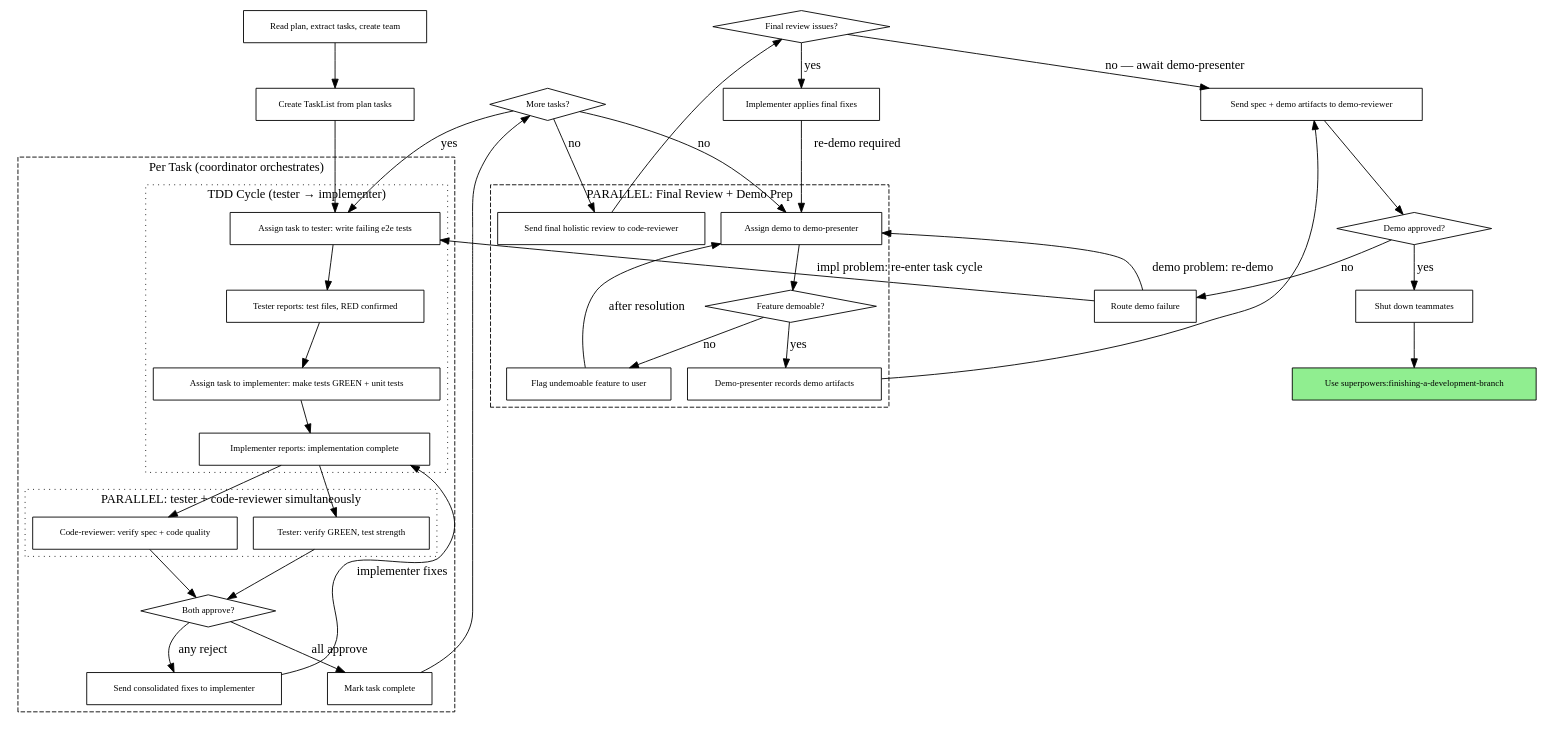
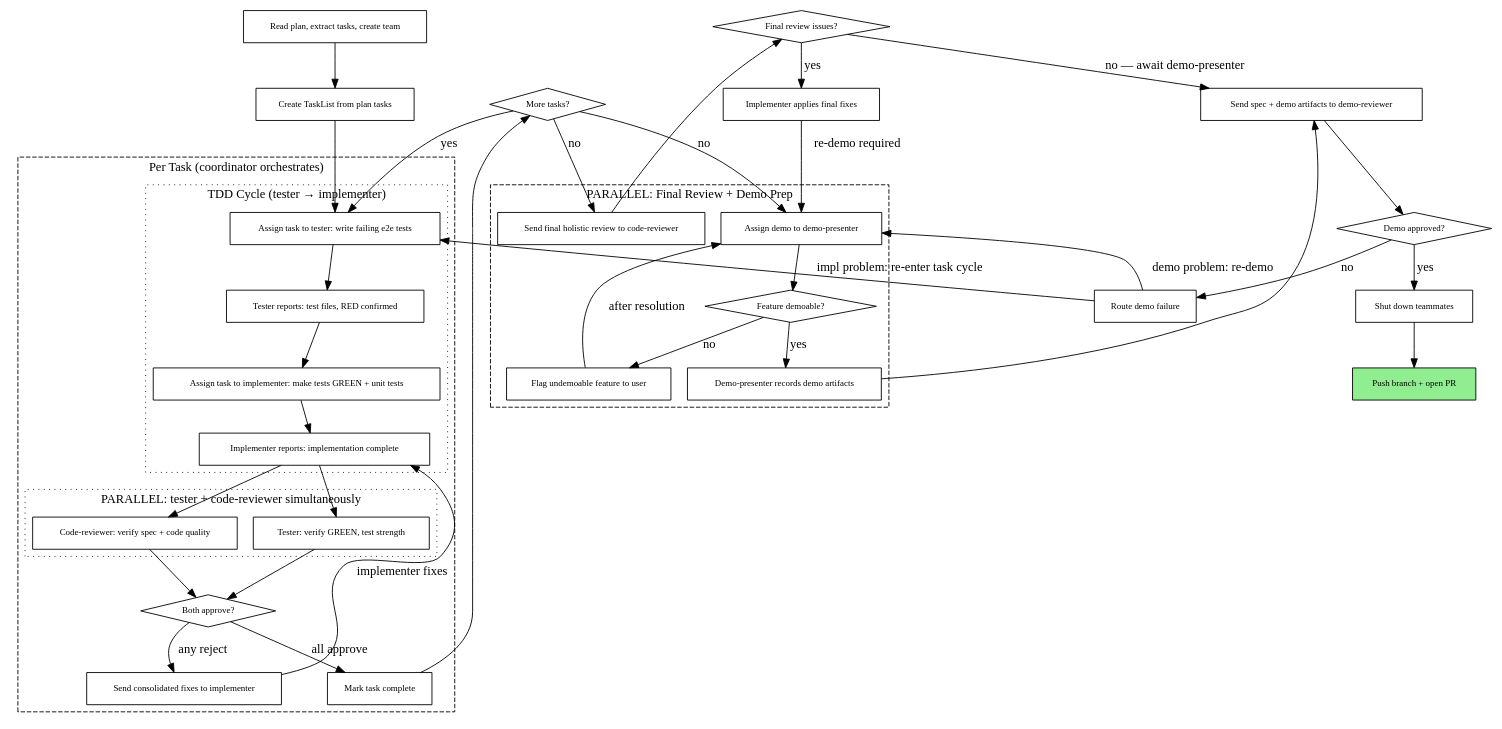
Before and after one commit to pedropaulovc/personal-marketplace: the second of 2 diagrams in plugins/superpowers/skills/subagent-driven-development/SKILL.md, drawn with Graphviz. The commit also changed other lines of this file and 1 other file, not shown here.

First line of the commit message:
feat: coordinator pushes branch and opens PR immediately after shutdown (v4.3.1.0)

````diff
--- a/plugins/superpowers/skills/subagent-driven-development/SKILL.md
+++ b/plugins/superpowers/skills/subagent-driven-development/SKILL.md
@@ -98,7 +98,7 @@
     "Route demo failure" [shape=box];
 
     "Shut down teammates" [shape=box];
-    "Use superpowers:finishing-a-development-branch" [shape=box style=filled fillcolor=lightgreen];
+    "Push branch + open PR" [shape=box style=filled fillcolor=lightgreen];
 
     // Setup
     "Read plan, extract tasks, create team" -> "Create TaskList from plan tasks";
@@ -147,6 +147,6 @@
     "Demo approved?" -> "Shut down teammates" [label="yes"];
 
     // Finish
-    "Shut down teammates" -> "Use superpowers:finishing-a-development-branch";
+    "Shut down teammates" -> "Push branch + open PR";
 }
 ```
````
